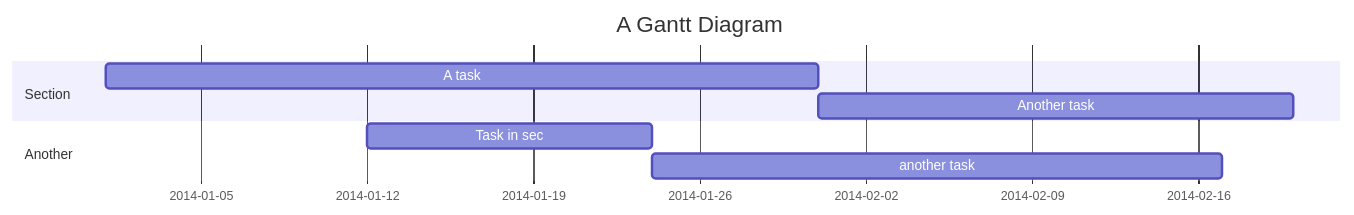
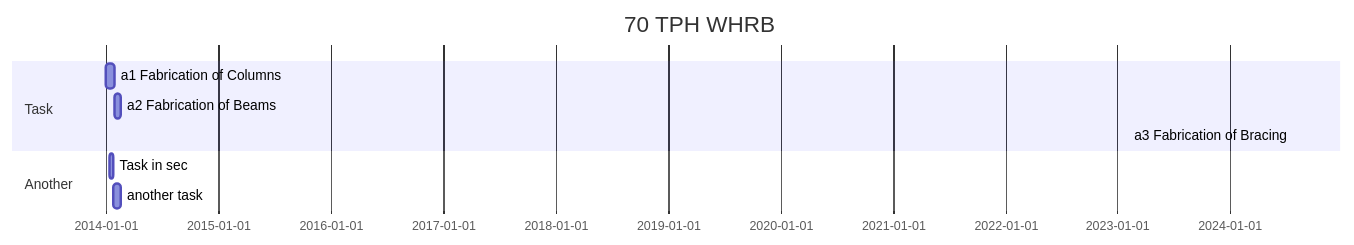
The diagram in README.md (alokpndy/Theme), drawn with Mermaid before and after one commit.

Commit message:
Add project

````diff
--- a/README.md
+++ b/README.md
@@ -3,11 +3,12 @@
 ```mermaid
 gantt
-    title A Gantt Diagram
+    title 70 TPH WHRB
     dateFormat  YYYY-MM-DD
-    section Section
-    A task             : a1, 2014-01-01, 30d
-    Another task       : after a1  , 20d
+    section Task
+    a1 Fabrication of Columns             : a1, 2014-01-01, 30d
+    a2 Fabrication of Beams       : after a1  , 20d
+    a3 Fabrication of Bracing       : after a2  , 2d
     section Another
     Task in sec        : 2014-01-12  , 12d
     another task       : 24d
 ```
````
